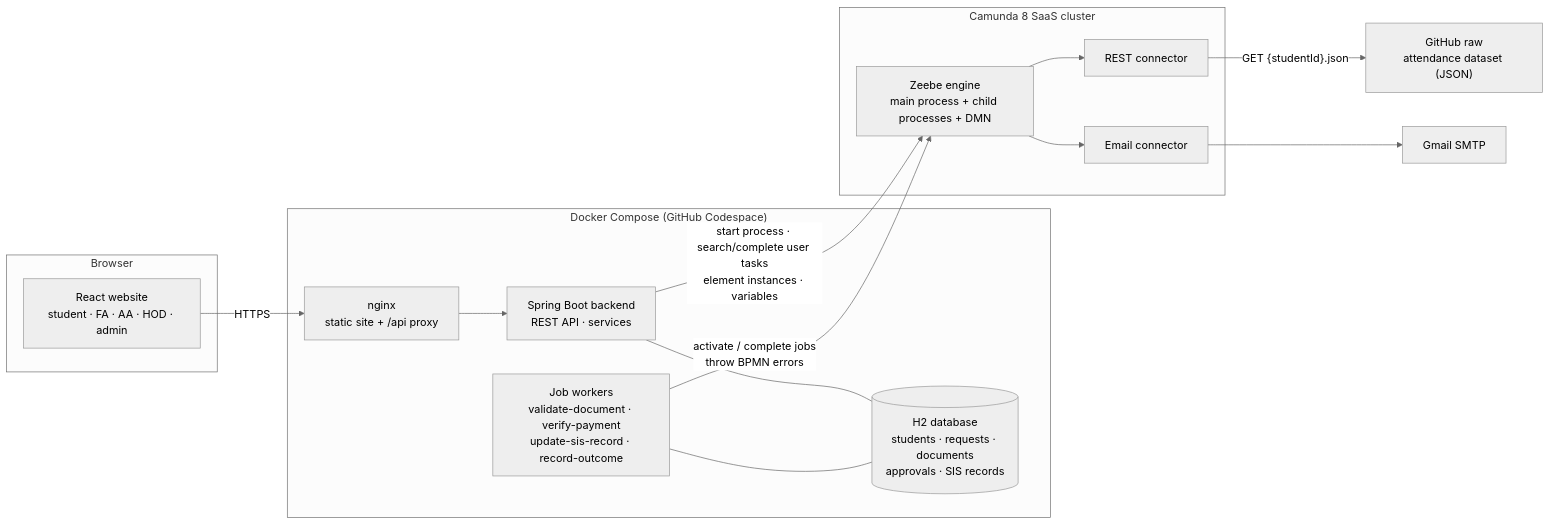
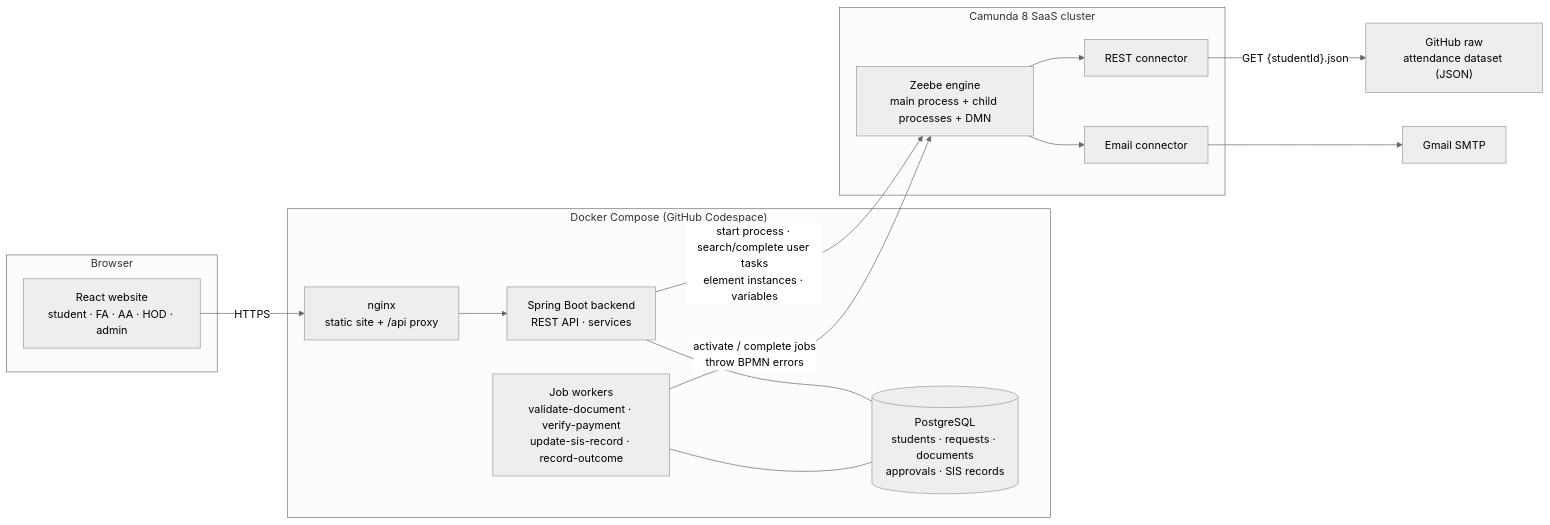
One commit to rsrk07/attendance-shortage-condonation changed the diagram in README.md. Above: the diagram before and after it, drawn with Mermaid (neutral theme). The commit also changed other lines of this file and 5 other files, not shown here.

Commit message:
Docker Compose: PostgreSQL 17 database; portable BYTEA/VARBINARY file storage

````diff
--- a/README.md
+++ b/README.md
@@ -61,27 +61,27 @@
 ```mermaid
 flowchart LR
   subgraph Browser
     UI["React website<br/>student · FA · AA · HOD · admin"]
   end
   subgraph Docker["Docker Compose (GitHub Codespace)"]
     NGINX["nginx<br/>static site + /api proxy"]
     API["Spring Boot backend<br/>REST API · services"]
     W["Job workers<br/>validate-document · verify-payment<br/>update-sis-record · record-outcome"]
-    DB[("H2 database<br/>students · requests · documents<br/>approvals · SIS records")]
+    DB[("PostgreSQL<br/>students · requests · documents<br/>approvals · SIS records")]
   end
   subgraph Camunda["Camunda 8 SaaS cluster"]
     Z["Zeebe engine<br/>main process + child processes + DMN"]
     RC["REST connector"]
     EC["Email connector"]
   end
   GH["GitHub raw<br/>attendance dataset (JSON)"]
   SMTP["Gmail SMTP"]
 
   UI -- HTTPS --> NGINX --> API
   API -- "start process · search/complete user tasks<br/>element instances · variables" --> Z
   W -- "activate / complete jobs<br/>throw BPMN errors" --> Z
   API --- DB
   W --- DB
   Z --> RC -- "GET {studentId}.json" --> GH
   Z --> EC --> SMTP
 ```
````
